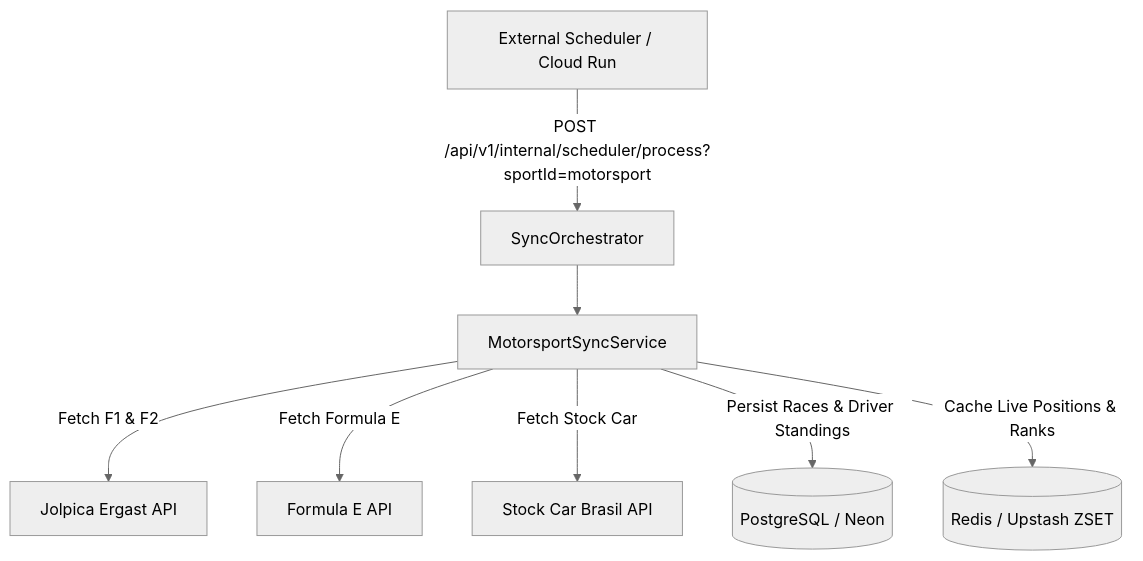
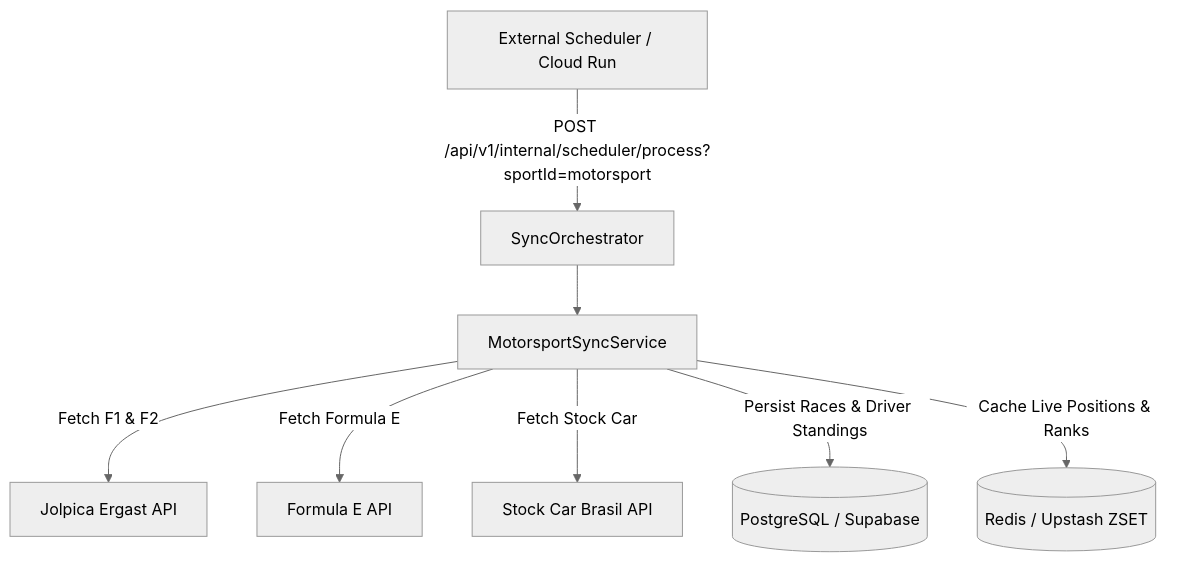
Before and after one commit to lvmp/ligadospalpites-core: the diagram in docs/motorsport_prd.md, drawn with Mermaid (neutral theme). The commit also changed 18 other files, not shown here.

Commit message:
docs(persistence): migrate relational database standardization from Neon to Supabase PostgreSQL

````diff
--- a/docs/motorsport_prd.md
+++ b/docs/motorsport_prd.md
@@ -61,10 +61,10 @@
 ```mermaid
 graph TD
     A[External Scheduler / Cloud Run] -->|POST /api/v1/internal/scheduler/process?sportId=motorsport| B[SyncOrchestrator]
     B --> C[MotorsportSyncService]
     C -->|Fetch F1 & F2| D[Jolpica Ergast API]
     C -->|Fetch Formula E| E[Formula E API]
     C -->|Fetch Stock Car| F[Stock Car Brasil API]
-    C -->|Persist Races & Driver Standings| G[(PostgreSQL / Neon)]
+    C -->|Persist Races & Driver Standings| G[(PostgreSQL / Supabase)]
     C -->|Cache Live Positions & Ranks| H[(Redis / Upstash ZSET)]
 ```
````
